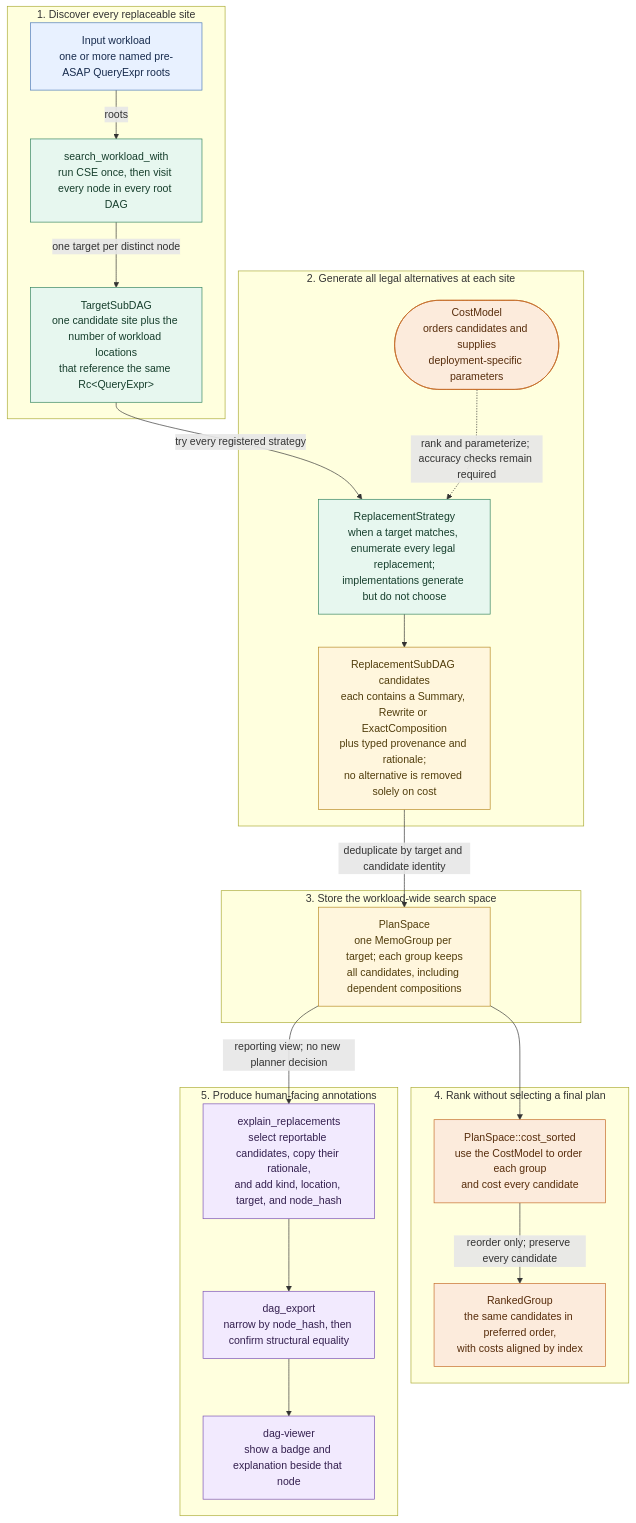
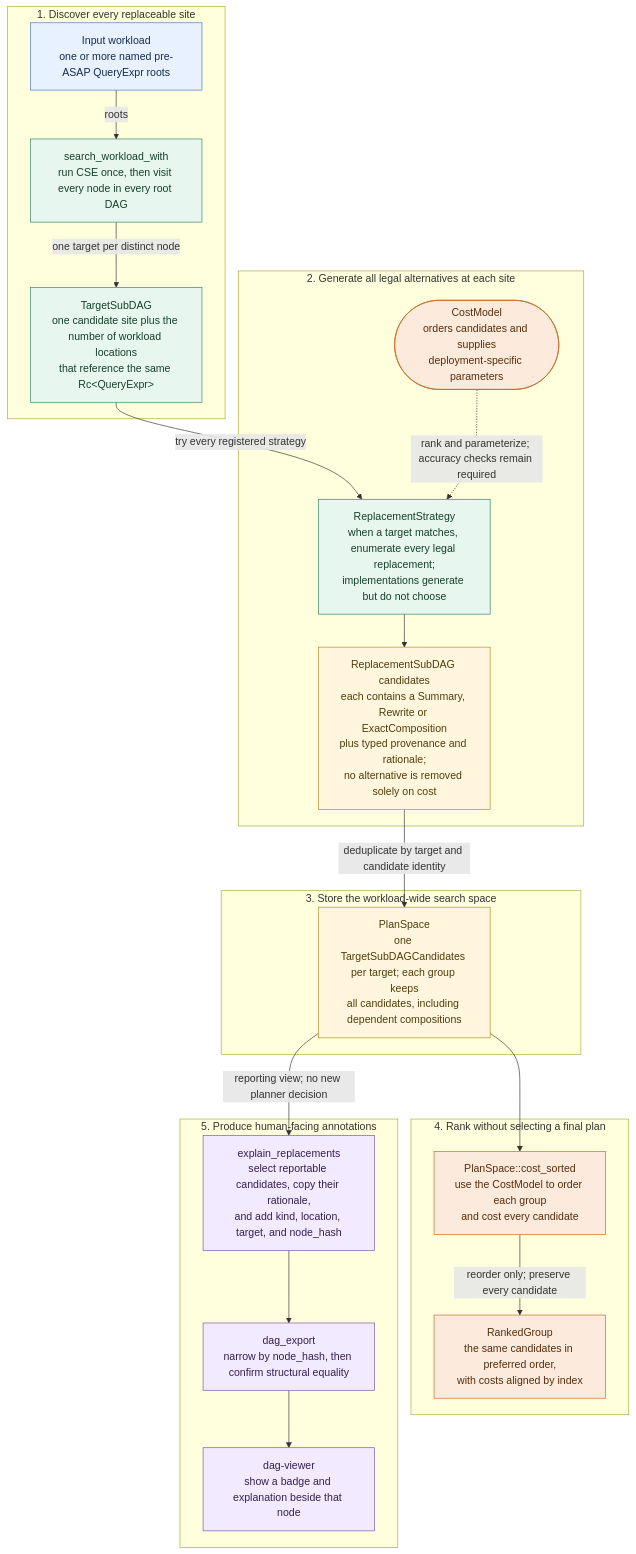
Before and after one commit to ProjectASAP/ASAPPlanner: the first of 2 diagrams in docs/develop_docs/asap-aware-mapping-architecture.md, drawn with Mermaid. The commit also changed other lines of this file and 16 other files, not shown here.

Commit message:
refactor(planner): rename MemoGroup to TargetSubDAGCandidates

````diff
--- a/docs/develop_docs/asap-aware-mapping-architecture.md
+++ b/docs/develop_docs/asap-aware-mapping-architecture.md
@@ -80,41 +80,41 @@
 ```mermaid
 flowchart TB
   classDef input fill:#e8f1ff,stroke:#4b78b8,color:#172b4d
   classDef generate fill:#e7f7ef,stroke:#31835e,color:#173f2d
   classDef store fill:#fff6dd,stroke:#b78922,color:#513d0c
   classDef choose fill:#fcebdc,stroke:#c46a25,color:#572d0c
   classDef report fill:#f2eafe,stroke:#7950b3,color:#34204f
 
   subgraph DISCOVERY[1. Discover every replaceable site]
     WL["Input workload<br/>one or more named pre-ASAP QueryExpr roots"]:::input
     SEARCH["search_workload_with<br/>run CSE once, then visit every node in every root DAG"]:::generate
     TARGET["TargetSubDAG<br/>one candidate site plus the number of workload locations<br/>that reference the same Rc&lt;QueryExpr&gt;"]:::generate
     WL -->|"roots"| SEARCH -->|"one target per distinct node"| TARGET
   end
 
   subgraph GENERATION[2. Generate all legal alternatives at each site]
     STRATEGY["ReplacementStrategy<br/>when a target matches, enumerate every legal replacement;<br/>implementations generate but do not choose"]:::generate
     CAND["ReplacementSubDAG candidates<br/>each contains a Summary, Rewrite or ExactComposition<br/>plus typed provenance and rationale;<br/>no alternative is removed solely on cost"]:::store
     TARGET -->|"try every registered strategy"| STRATEGY --> CAND
     CM(["CostModel<br/>orders candidates and supplies<br/>deployment-specific parameters"]):::choose
     CM -. "rank and parameterize; accuracy checks remain required" .-> STRATEGY
   end
 
   subgraph SEARCHSPACE[3. Store the workload-wide search space]
-    MEMO["PlanSpace<br/>one MemoGroup per target; each group keeps<br/>all candidates, including dependent compositions"]:::store
+    MEMO["PlanSpace<br/>one TargetSubDAGCandidates per target; each group keeps<br/>all candidates, including dependent compositions"]:::store
     CAND -->|"deduplicate by target and candidate identity"| MEMO
   end
 
   subgraph RANKING[4. Rank without selecting a final plan]
     SORT["PlanSpace::cost_sorted<br/>use the CostModel to order each group<br/>and cost every candidate"]:::choose
     GROUP["RankedGroup<br/>the same candidates in preferred order,<br/>with costs aligned by index"]:::choose
     MEMO --> SORT -->|"reorder only; preserve every candidate"| GROUP
   end
 
   subgraph REPORTING[5. Produce human-facing annotations]
     EXPLAIN["explain_replacements<br/>select reportable candidates, copy their rationale,<br/>and add kind, location, target, and node_hash"]:::report
     EXPORT["dag_export<br/>narrow by node_hash, then confirm structural equality"]:::report
     VIEWER["dag-viewer<br/>show a badge and explanation beside that node"]:::report
     MEMO -->|"reporting view; no new planner decision"| EXPLAIN --> EXPORT --> VIEWER
   end
 ```
````
